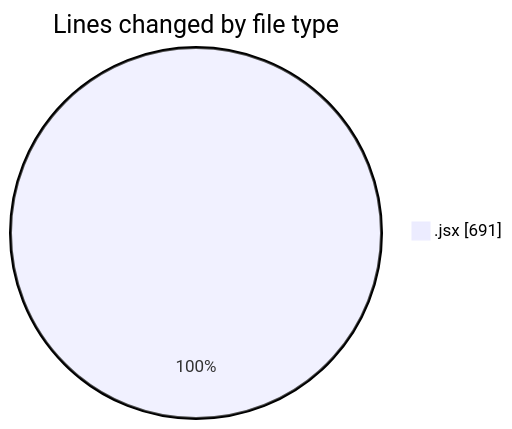
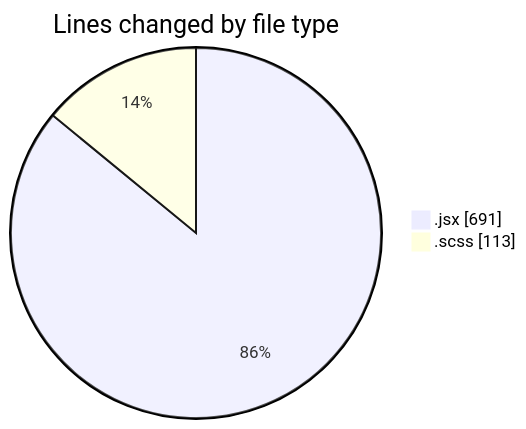
The first of 2 diagrams in 2026-09-02/cda/README.md (momahboobian/code-tracking), drawn with Mermaid before and after one commit. The commit also changed other lines of this file and 1 other file, not shown here.

````diff
--- a/2026-09-02/cda/README.md
+++ b/2026-09-02/cda/README.md
@@ -23,5 +24,6 @@
 ```mermaid
 pie showData
 title Lines changed by file type
 ".jsx" : 691
+".scss" : 113
 ```
````
